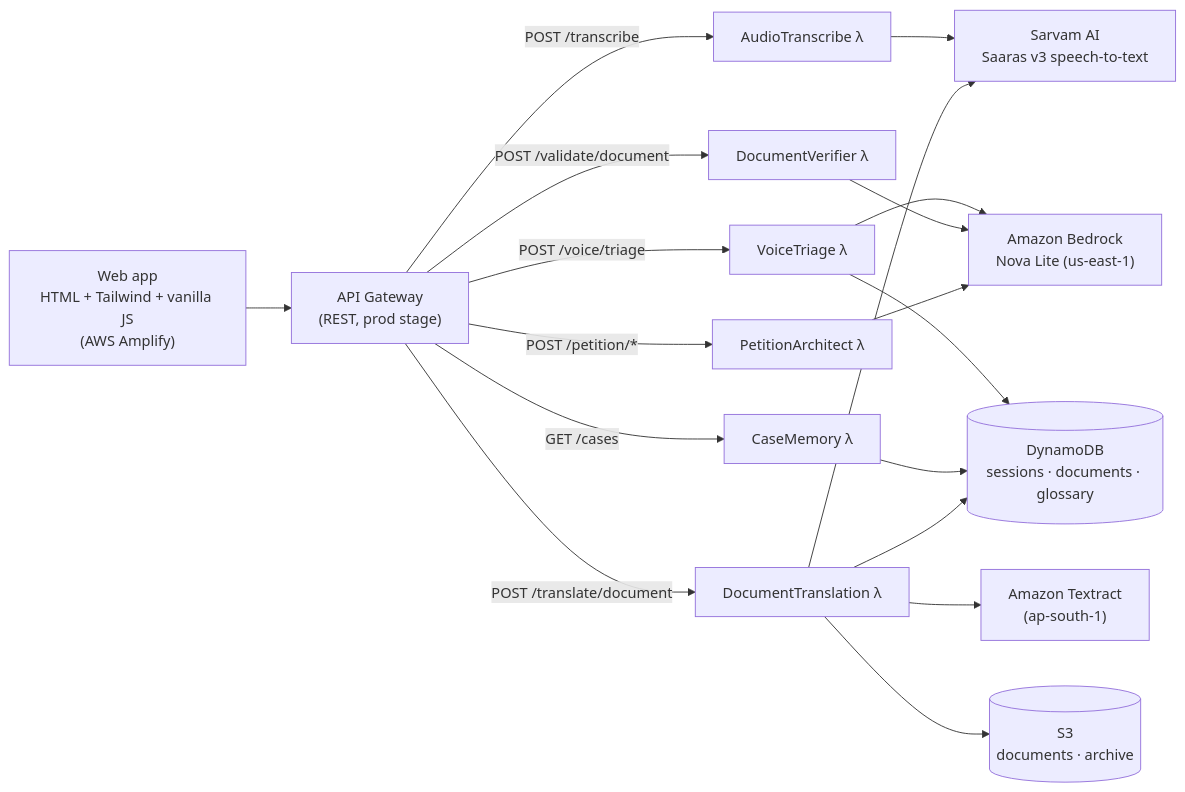
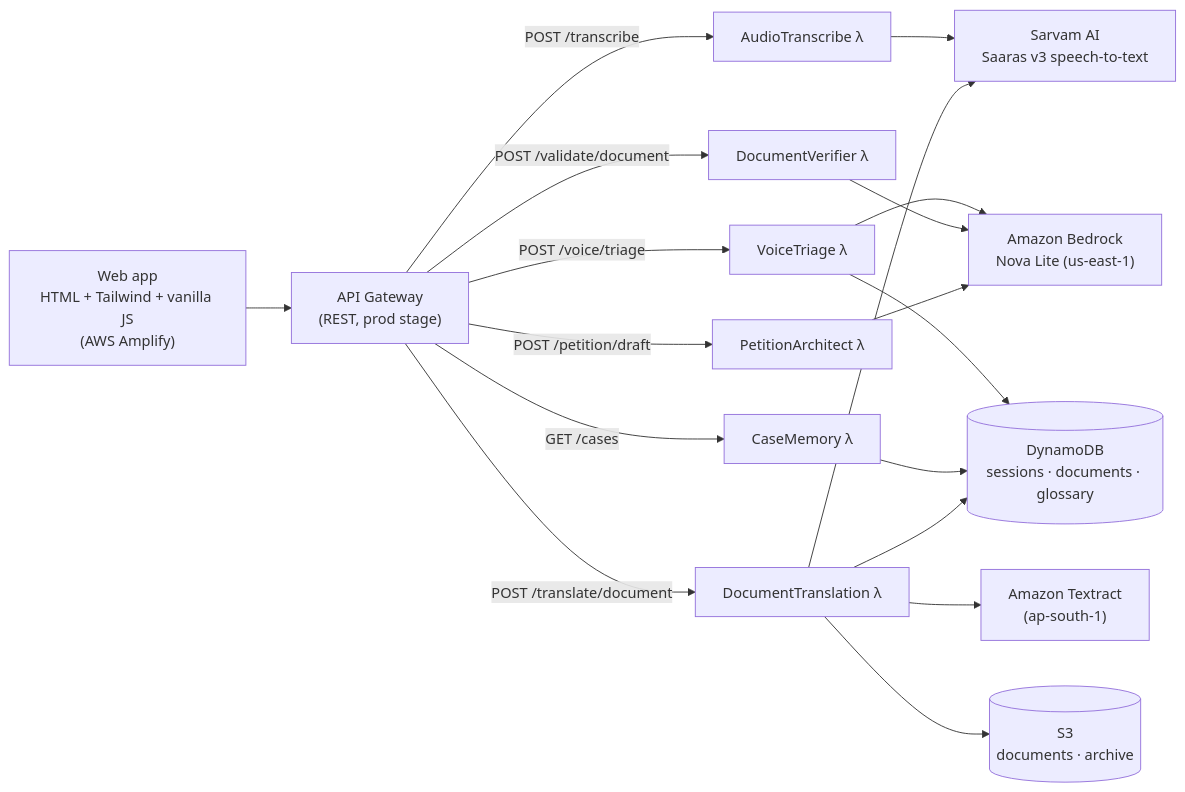
Before and after one commit to ScaryPython100/NyayaDwarpal: the diagram in README.md, drawn with Mermaid. The commit also changed other lines of this file and 26 other files, not shown here.

````diff
--- a/README.md
+++ b/README.md
@@ -39,23 +40,23 @@
 ```mermaid
 flowchart LR
     UI["Web app<br/>HTML + Tailwind + vanilla JS<br/>(AWS Amplify)"] --> APIGW["API Gateway<br/>(REST, prod stage)"]
 
     APIGW -->|POST /transcribe| AT["AudioTranscribe λ"]
     APIGW -->|POST /voice/triage| VT["VoiceTriage λ"]
     APIGW -->|POST /validate/document| DV["DocumentVerifier λ"]
     APIGW -->|POST /translate/document| DT["DocumentTranslation λ"]
     APIGW -->|GET /cases| CM["CaseMemory λ"]
-    APIGW -->|POST /petition/*| PA["PetitionArchitect λ"]
+    APIGW -->|POST /petition/draft| PA["PetitionArchitect λ"]
 
     AT --> SARVAM["Sarvam AI<br/>Saaras v3 speech-to-text"]
     DT --> SARVAM
     DT --> TX["Amazon Textract<br/>(ap-south-1)"]
     VT --> BR["Amazon Bedrock<br/>Nova Lite (us-east-1)"]
     DV --> BR
     PA --> BR
 
     VT --> DDB[("DynamoDB<br/>sessions · documents · glossary")]
     CM --> DDB
     DT --> DDB
     DT --> S3[("S3<br/>documents · archive")]
 ```
````
